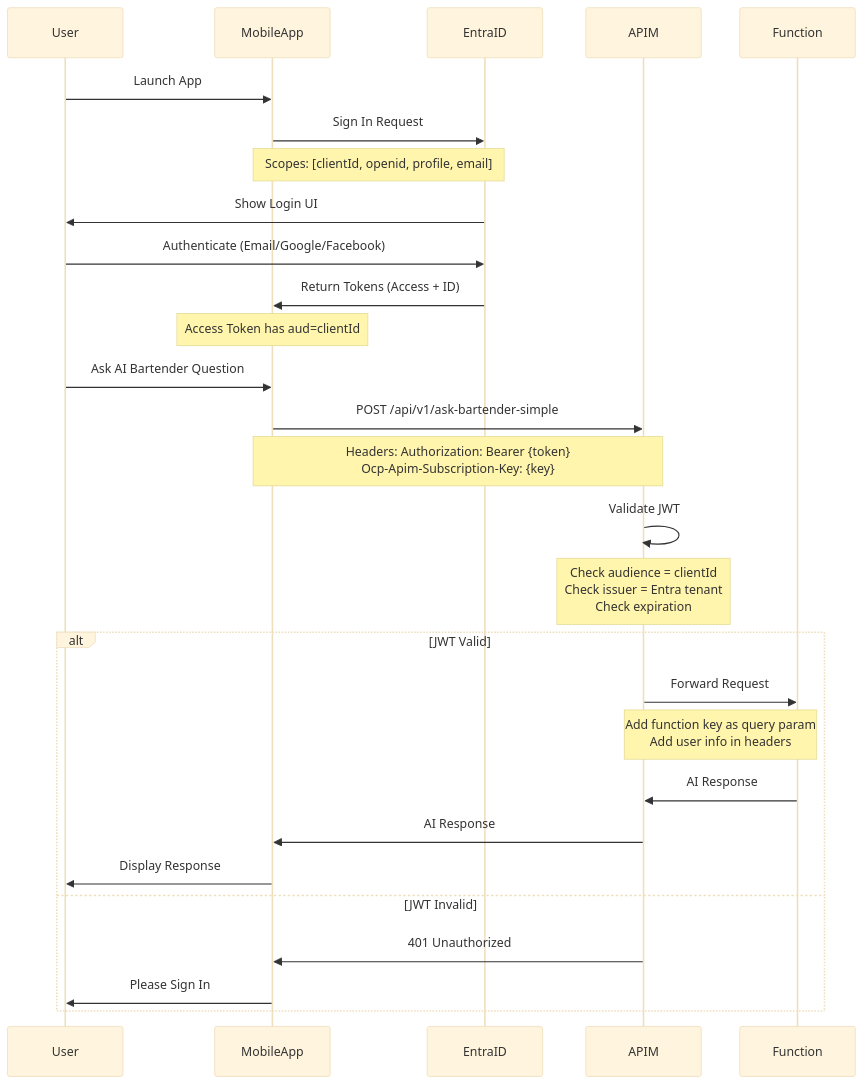
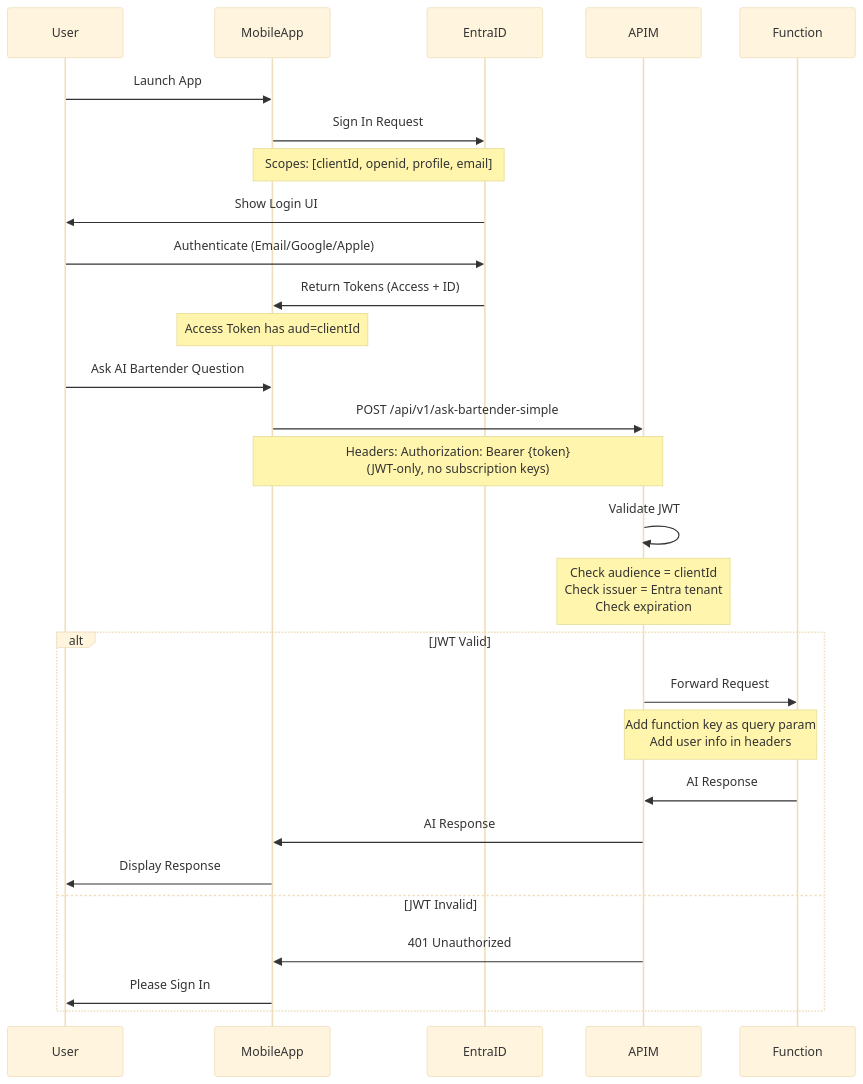
Before and after one commit to gwhitley1969/mybartenderAI-MVP: the diagram in docs/ENTRA_EXTERNAL_ID_AUTH_FLOW.md, drawn with Mermaid (base theme). The commit also changed other lines of this file and 12 other files, not shown here.

First line of the commit message:
fix(security): Complete APIM JWT coverage + fix mobile auth providers

````diff
--- a/docs/ENTRA_EXTERNAL_ID_AUTH_FLOW.md
+++ b/docs/ENTRA_EXTERNAL_ID_AUTH_FLOW.md
@@ -32,34 +32,34 @@
 ```mermaid
 sequenceDiagram
     participant User
     participant MobileApp
     participant EntraID
     participant APIM
     participant Function
 
     User->>MobileApp: Launch App
     MobileApp->>EntraID: Sign In Request
     Note over MobileApp,EntraID: Scopes: [clientId, openid, profile, email]
     EntraID->>User: Show Login UI
-    User->>EntraID: Authenticate (Email/Google/Facebook)
+    User->>EntraID: Authenticate (Email/Google/Apple)
     EntraID->>MobileApp: Return Tokens (Access + ID)
     Note over MobileApp: Access Token has aud=clientId
 
     User->>MobileApp: Ask AI Bartender Question
     MobileApp->>APIM: POST /api/v1/ask-bartender-simple
-    Note over MobileApp,APIM: Headers: Authorization: Bearer {token}<br/>Ocp-Apim-Subscription-Key: {key}
+    Note over MobileApp,APIM: Headers: Authorization: Bearer {token}<br/>(JWT-only, no subscription keys)
 
     APIM->>APIM: Validate JWT
     Note over APIM: Check audience = clientId<br/>Check issuer = Entra tenant<br/>Check expiration
 
     alt JWT Valid
         APIM->>Function: Forward Request
         Note over APIM,Function: Add function key as query param<br/>Add user info in headers
         Function->>APIM: AI Response
         APIM->>MobileApp: AI Response
         MobileApp->>User: Display Response
     else JWT Invalid
         APIM->>MobileApp: 401 Unauthorized
         MobileApp->>User: Please Sign In
     end
 ```
````
